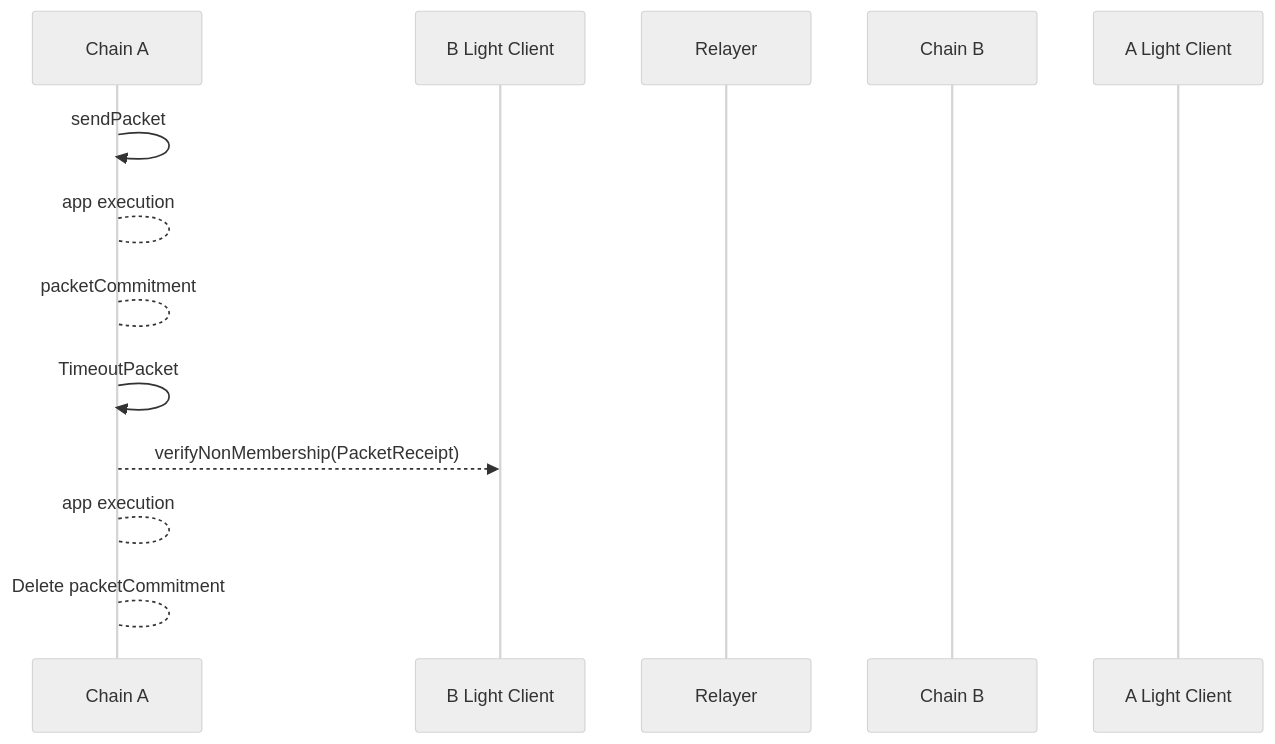
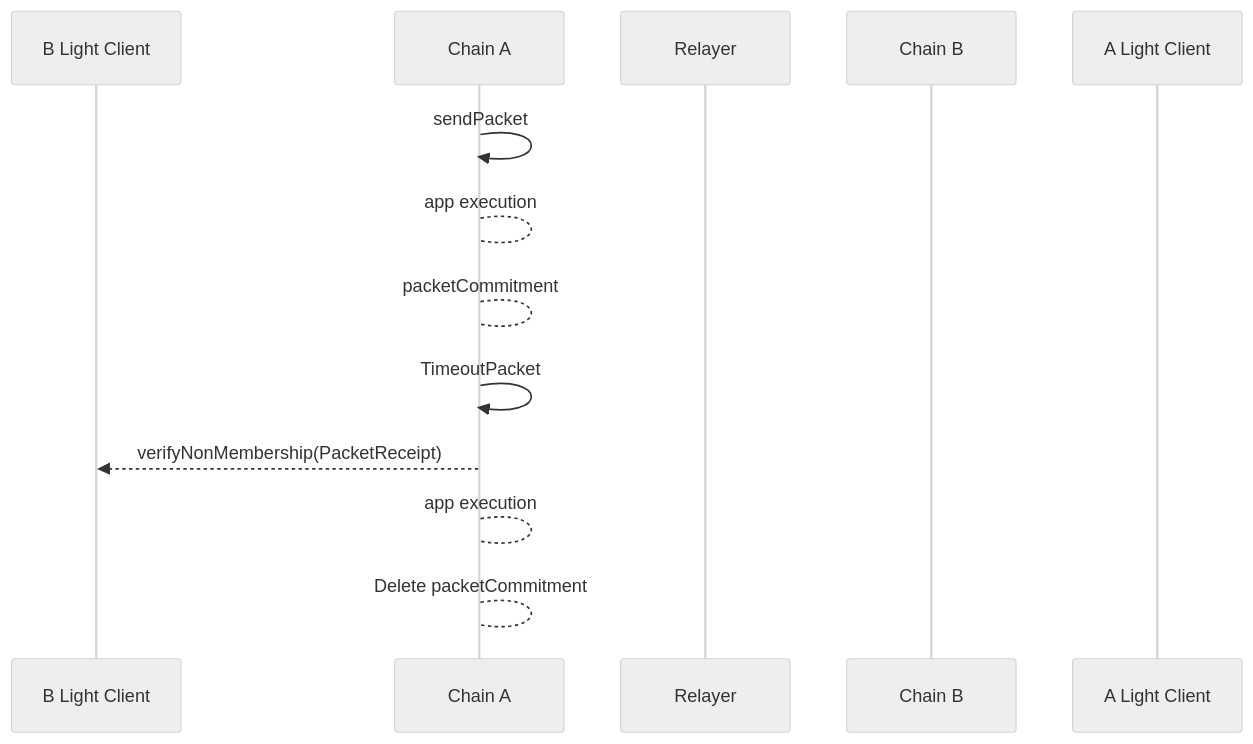
One commit to cosmos/ibc changed the fourth of 4 diagrams in spec/core/v2/ics-004-packet-semantics/README.md. Above: the diagram before and after it, drawn with Mermaid (neutral theme). The commit also changed other lines of this file, not shown here.

````diff
--- a/spec/core/v2/ics-004-packet-semantics/README.md
+++ b/spec/core/v2/ics-004-packet-semantics/README.md
@@ -432,15 +438,15 @@
 ```mermaid
 sequenceDiagram
+    participant B Light Client     
     participant Chain A
-    participant B Light Client     
     participant Relayer 
     participant Chain B
     participant A Light Client
     Chain A ->> Chain A : sendPacket
     Chain A --> Chain A : app execution
     Chain A --> Chain A : packetCommitment 
     Chain A ->> Chain A : TimeoutPacket
     Chain A -->> B Light Client: verifyNonMembership(PacketReceipt)
     Chain A --> Chain A : app execution
     Chain A --> Chain A : Delete packetCommitment 
 ```
````
